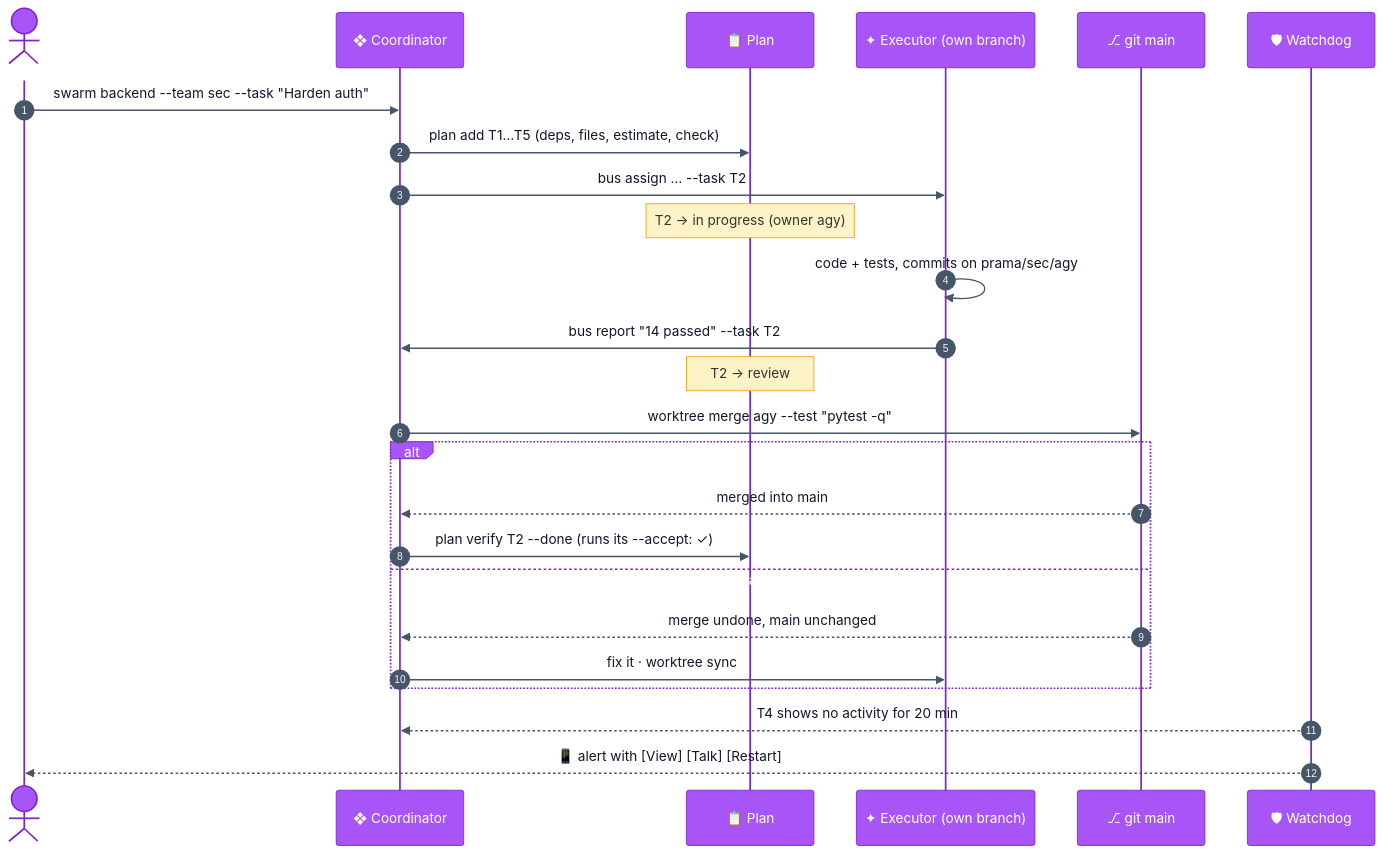
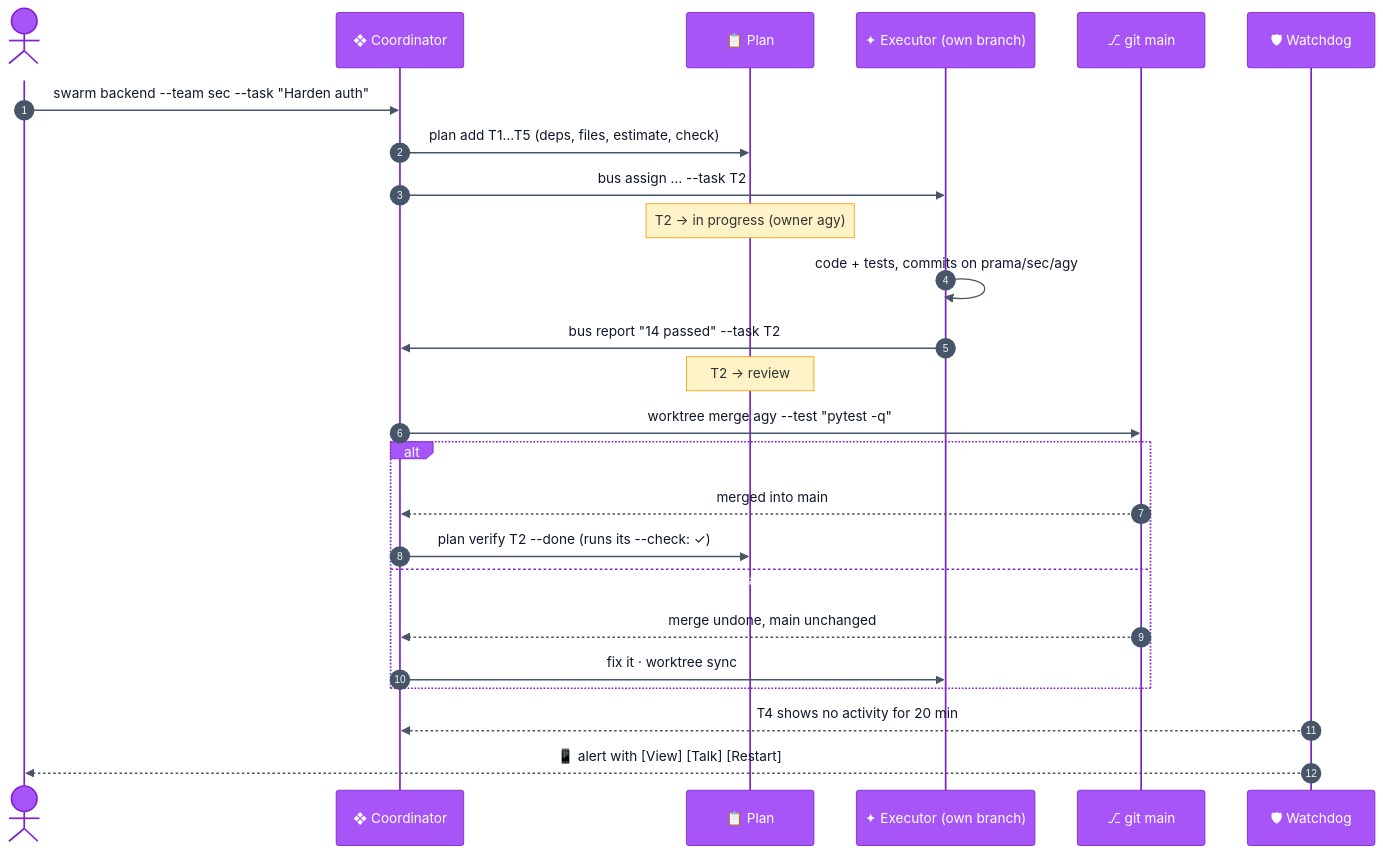
The second of 2 diagrams in docs/GUIDE.md (JSNN15/prama-agent), drawn with Mermaid before and after one commit. The commit also changed other lines of this file and 17 other files, not shown here.

````diff
--- a/docs/GUIDE.md
+++ b/docs/GUIDE.md
@@ -271,28 +282,28 @@
 ```mermaid
 %%{init: {"theme":"base","themeVariables":{"fontFamily":"ui-sans-serif, system-ui","actorBkg":"#a855f7","actorTextColor":"#ffffff","actorBorder":"#7e22ce","signalColor":"#475569","signalTextColor":"#0f172a","noteBkgColor":"#fef3c7","noteBorderColor":"#f59e0b","activationBkgColor":"#e0f2fe"}}}%%
 sequenceDiagram
   autonumber
   actor You
   participant C as ❖ Coordinator
   participant P as 📋 Plan
   participant E as ✦ Executor (own branch)
   participant G as ⎇ git main
   participant W as 🛡 Watchdog
   You->>C: swarm backend --team sec --task "Harden auth"
   C->>P: plan add T1…T5 (deps, files, estimate, check)
   C->>E: bus assign … --task T2
   Note over P: T2 → in progress (owner agy)
   E->>E: code + tests, commits on prama/sec/agy
   E->>C: bus report "14 passed" --task T2
   Note over P: T2 → review
   C->>G: worktree merge agy --test "pytest -q"
   alt tests pass
     G-->>C: merged into main
-    C->>P: plan verify T2 --done (runs its --accept: ✓)
+    C->>P: plan verify T2 --done (runs its --check: ✓)
   else tests fail or conflict
     G-->>C: merge undone, main unchanged
     C->>E: fix it · worktree sync
   end
   W-->>C: T4 shows no activity for 20 min
   W-->>You: 📱 alert with [View] [Talk] [Restart]
 ```
````
